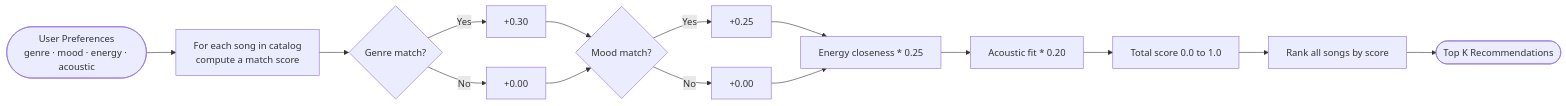
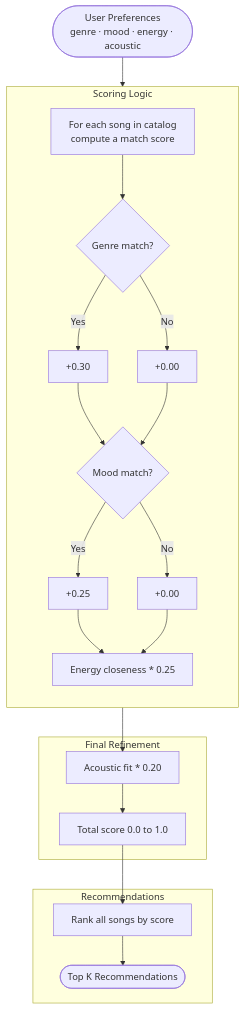
Before and after one commit to CarlosSac/Module3-MusicRecommender: the diagram in diagram.mmd, drawn with Mermaid. The commit also changed other lines of this file and 1 other file, not shown here.

Commit message:
update diagram

```diff
--- a/diagram.mmd
+++ b/diagram.mmd
@@ -1,15 +1,29 @@
-flowchart LR
-    A([User Preferences\ngenre · mood · energy · acoustic]) --> B[For each song in catalog\ncompute a match score]
-    B --> C{Genre match?}
-    C -- Yes --> D[+0.30]
-    C -- No --> E[+0.00]
-    D --> F{Mood match?}
-    E --> F
-    F -- Yes --> G[+0.25]
-    F -- No --> H[+0.00]
-    G --> I[Energy closeness * 0.25]
-    H --> I
-    I --> J[Acoustic fit * 0.20]
-    J --> K[Total score 0.0 to 1.0]
-    K --> L[Rank all songs by score]
-    L --> M([Top K Recommendations])
+flowchart TD
+    A([User Preferences<br/>genre · mood · energy · acoustic]) --> B[For each song in catalog<br/>compute a match score]
+
+    subgraph Scoring_Logic [Scoring Logic]
+        direction TB
+        B --> C{Genre match?}
+        
+        C -- Yes --> D[+0.30]
+        C -- No --> E[+0.00]
+
+        D --> F{Mood match?}
+        E --> F
+
+        F -- Yes --> G[+0.25]
+        F -- No --> H[+0.00]
+        
+        G --> I[Energy closeness * 0.25]
+        H --> I
+    end
+
+    subgraph Final_Refinement [Final Refinement]
+        I --> J[Acoustic fit * 0.20]
+        J --> K[Total score 0.0 to 1.0]
+    end
+
+    subgraph Output [Recommendations]
+        K --> L[Rank all songs by score]
+        L --> M([Top K Recommendations])
+    end
```
